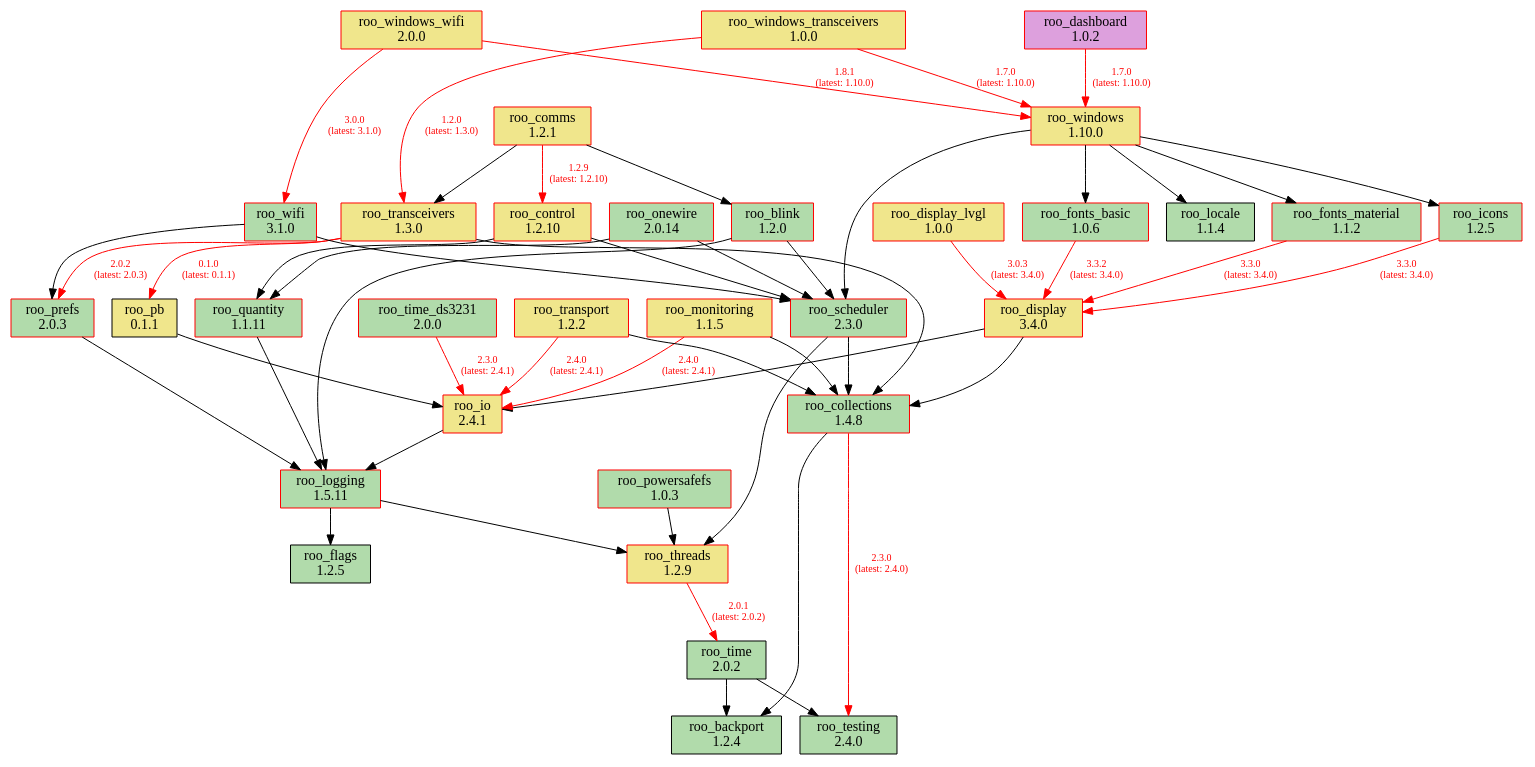
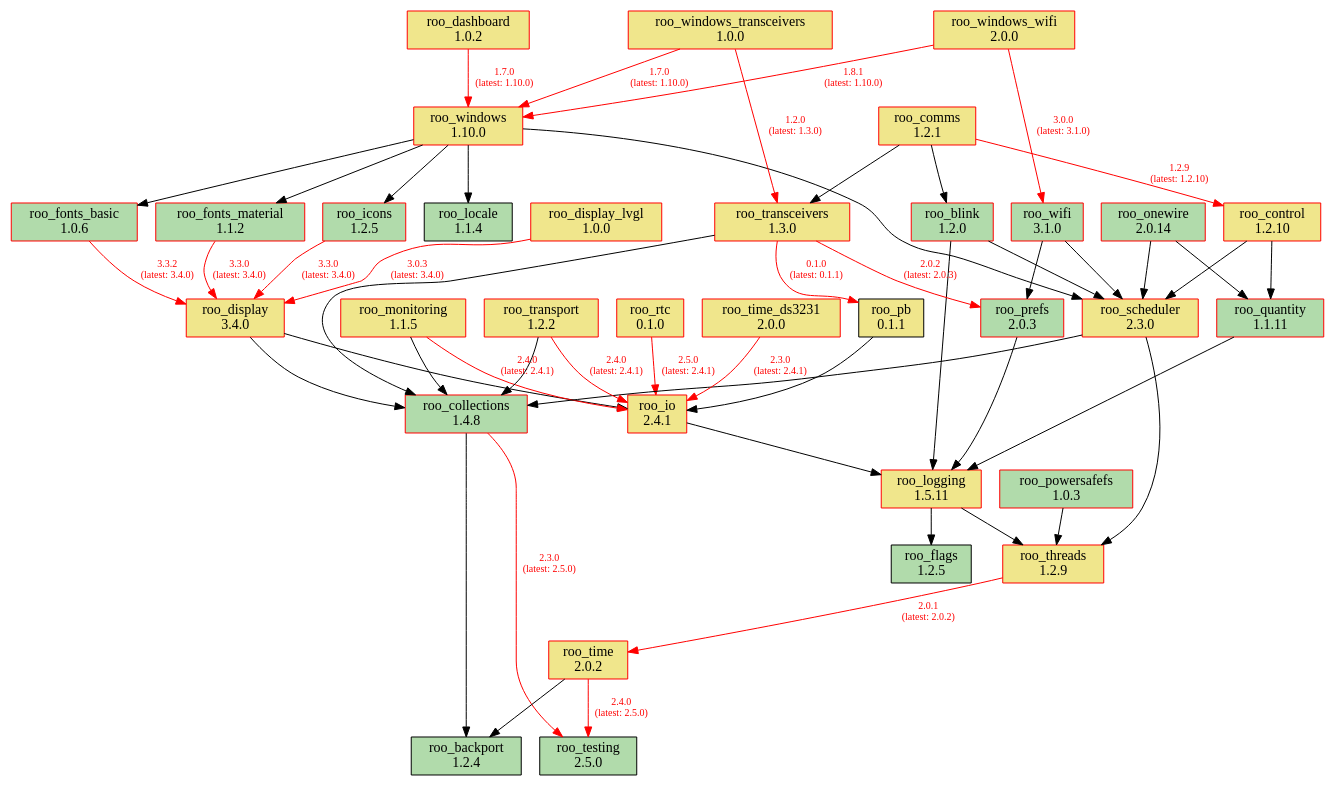
One commit to dejwk/roo-registry changed the diagram in doc/dependencies.dot. Above: the diagram before and after it, drawn with Graphviz. The commit also changed 3 other files, not shown here.

Commit message:
Added roo_testing 2.5.0 to the registry.

```diff
--- a/doc/dependencies.dot
+++ b/doc/dependencies.dot
@@ -1,90 +1,92 @@
 digraph dependencies {
     rankdir=TB;
     node [shape=box, style=filled];
     edge [fontsize=10];
 
     // Modules
     "roo_backport" [label="roo_backport\n1.2.4", fillcolor="#b1dbab", color="black"];
     "roo_blink" [label="roo_blink\n1.2.0", fillcolor="#b1dbab", color="red"];
     "roo_collections" [label="roo_collections\n1.4.8", fillcolor="#b1dbab", color="red"];
     "roo_comms" [label="roo_comms\n1.2.1", fillcolor="khaki", color="red"];
     "roo_control" [label="roo_control\n1.2.10", fillcolor="khaki", color="red"];
-    "roo_dashboard" [label="roo_dashboard\n1.0.2", fillcolor="plum", color="red"];
+    "roo_dashboard" [label="roo_dashboard\n1.0.2", fillcolor="khaki", color="red"];
     "roo_display" [label="roo_display\n3.4.0", fillcolor="khaki", color="red"];
     "roo_display_lvgl" [label="roo_display_lvgl\n1.0.0", fillcolor="khaki", color="red"];
     "roo_flags" [label="roo_flags\n1.2.5", fillcolor="#b1dbab", color="black"];
     "roo_fonts_basic" [label="roo_fonts_basic\n1.0.6", fillcolor="#b1dbab", color="red"];
     "roo_fonts_material" [label="roo_fonts_material\n1.1.2", fillcolor="#b1dbab", color="red"];
     "roo_icons" [label="roo_icons\n1.2.5", fillcolor="#b1dbab", color="red"];
     "roo_io" [label="roo_io\n2.4.1", fillcolor="khaki", color="red"];
     "roo_locale" [label="roo_locale\n1.1.4", fillcolor="#b1dbab", color="black"];
-    "roo_logging" [label="roo_logging\n1.5.11", fillcolor="#b1dbab", color="red"];
+    "roo_logging" [label="roo_logging\n1.5.11", fillcolor="khaki", color="red"];
     "roo_monitoring" [label="roo_monitoring\n1.1.5", fillcolor="khaki", color="red"];
     "roo_onewire" [label="roo_onewire\n2.0.14", fillcolor="#b1dbab", color="red"];
     "roo_pb" [label="roo_pb\n0.1.1", fillcolor="khaki", color="black"];
     "roo_powersafefs" [label="roo_powersafefs\n1.0.3", fillcolor="#b1dbab", color="red"];
     "roo_prefs" [label="roo_prefs\n2.0.3", fillcolor="#b1dbab", color="red"];
     "roo_quantity" [label="roo_quantity\n1.1.11", fillcolor="#b1dbab", color="red"];
-    "roo_scheduler" [label="roo_scheduler\n2.3.0", fillcolor="#b1dbab", color="red"];
-    "roo_testing" [label="roo_testing\n2.4.0", fillcolor="#b1dbab", color="black"];
+    "roo_rtc" [label="roo_rtc\n0.1.0", fillcolor="khaki", color="red"];
+    "roo_scheduler" [label="roo_scheduler\n2.3.0", fillcolor="khaki", color="red"];
+    "roo_testing" [label="roo_testing\n2.5.0", fillcolor="#b1dbab", color="black"];
     "roo_threads" [label="roo_threads\n1.2.9", fillcolor="khaki", color="red"];
-    "roo_time" [label="roo_time\n2.0.2", fillcolor="#b1dbab", color="black"];
-    "roo_time_ds3231" [label="roo_time_ds3231\n2.0.0", fillcolor="#b1dbab", color="red"];
+    "roo_time" [label="roo_time\n2.0.2", fillcolor="khaki", color="red"];
+    "roo_time_ds3231" [label="roo_time_ds3231\n2.0.0", fillcolor="khaki", color="red"];
     "roo_transceivers" [label="roo_transceivers\n1.3.0", fillcolor="khaki", color="red"];
     "roo_transport" [label="roo_transport\n1.2.2", fillcolor="khaki", color="red"];
     "roo_wifi" [label="roo_wifi\n3.1.0", fillcolor="#b1dbab", color="red"];
     "roo_windows" [label="roo_windows\n1.10.0", fillcolor="khaki", color="red"];
     "roo_windows_transceivers" [label="roo_windows_transceivers\n1.0.0", fillcolor="khaki", color="red"];
     "roo_windows_wifi" [label="roo_windows_wifi\n2.0.0", fillcolor="khaki", color="red"];
 
     // Dependencies
     "roo_blink" -> "roo_logging";
     "roo_blink" -> "roo_scheduler";
-    "roo_collections" -> "roo_testing" [color=red, fontcolor=red, label="2.3.0\n(latest: 2.4.0)"];
+    "roo_collections" -> "roo_testing" [color=red, fontcolor=red, label="2.3.0\n(latest: 2.5.0)"];
     "roo_collections" -> "roo_backport";
     "roo_comms" -> "roo_blink";
     "roo_comms" -> "roo_control" [color=red, fontcolor=red, label="1.2.9\n(latest: 1.2.10)"];
     "roo_comms" -> "roo_transceivers";
     "roo_control" -> "roo_quantity";
     "roo_control" -> "roo_scheduler";
     "roo_dashboard" -> "roo_windows" [color=red, fontcolor=red, label="1.7.0\n(latest: 1.10.0)"];
     "roo_display" -> "roo_collections";
     "roo_display" -> "roo_io";
     "roo_display_lvgl" -> "roo_display" [color=red, fontcolor=red, label="3.0.3\n(latest: 3.4.0)"];
     "roo_fonts_basic" -> "roo_display" [color=red, fontcolor=red, label="3.3.2\n(latest: 3.4.0)"];
     "roo_fonts_material" -> "roo_display" [color=red, fontcolor=red, label="3.3.0\n(latest: 3.4.0)"];
     "roo_icons" -> "roo_display" [color=red, fontcolor=red, label="3.3.0\n(latest: 3.4.0)"];
     "roo_io" -> "roo_logging";
     "roo_logging" -> "roo_flags";
     "roo_logging" -> "roo_threads";
     "roo_monitoring" -> "roo_collections";
     "roo_monitoring" -> "roo_io" [color=red, fontcolor=red, label="2.4.0\n(latest: 2.4.1)"];
     "roo_onewire" -> "roo_scheduler";
     "roo_onewire" -> "roo_quantity";
     "roo_pb" -> "roo_io";
     "roo_powersafefs" -> "roo_threads";
     "roo_prefs" -> "roo_logging";
     "roo_quantity" -> "roo_logging";
+    "roo_rtc" -> "roo_io" [color=red, fontcolor=red, label="2.5.0\n(latest: 2.4.1)"];
     "roo_scheduler" -> "roo_collections";
     "roo_scheduler" -> "roo_threads";
     "roo_threads" -> "roo_time" [color=red, fontcolor=red, label="2.0.1\n(latest: 2.0.2)"];
-    "roo_time" -> "roo_testing";
+    "roo_time" -> "roo_testing" [color=red, fontcolor=red, label="2.4.0\n(latest: 2.5.0)"];
     "roo_time" -> "roo_backport";
     "roo_time_ds3231" -> "roo_io" [color=red, fontcolor=red, label="2.3.0\n(latest: 2.4.1)"];
     "roo_transceivers" -> "roo_pb" [color=red, fontcolor=red, label="0.1.0\n(latest: 0.1.1)"];
     "roo_transceivers" -> "roo_collections";
     "roo_transceivers" -> "roo_prefs" [color=red, fontcolor=red, label="2.0.2\n(latest: 2.0.3)"];
     "roo_transport" -> "roo_collections";
     "roo_transport" -> "roo_io" [color=red, fontcolor=red, label="2.4.0\n(latest: 2.4.1)"];
     "roo_wifi" -> "roo_prefs";
     "roo_wifi" -> "roo_scheduler";
     "roo_windows" -> "roo_fonts_basic";
     "roo_windows" -> "roo_fonts_material";
     "roo_windows" -> "roo_locale";
     "roo_windows" -> "roo_icons";
     "roo_windows" -> "roo_scheduler";
     "roo_windows_transceivers" -> "roo_transceivers" [color=red, fontcolor=red, label="1.2.0\n(latest: 1.3.0)"];
     "roo_windows_transceivers" -> "roo_windows" [color=red, fontcolor=red, label="1.7.0\n(latest: 1.10.0)"];
     "roo_windows_wifi" -> "roo_wifi" [color=red, fontcolor=red, label="3.0.0\n(latest: 3.1.0)"];
     "roo_windows_wifi" -> "roo_windows" [color=red, fontcolor=red, label="1.8.1\n(latest: 1.10.0)"];
 }
```
